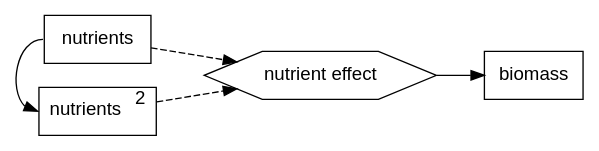
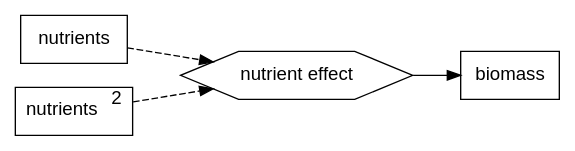
Before and after one commit to pennekampster/Swiss_SEM: the seventh of 17 diagrams in 5_Slides/Intro_to_SEM_part2.qmd, drawn with Graphviz. The commit also changed other lines of this file and 5 other files, not shown here.

````diff
--- a/5_Slides/Intro_to_SEM_part2.qmd
+++ b/5_Slides/Intro_to_SEM_part2.qmd
@@ -375,27 +376,25 @@
 ```{dot}
 //| fig-width: 8
 //| fig-height: 2
 
 digraph boxes_and_circles {
    
    graph [overlap = false, fontsize = 10, rankdir = LR, fontname = Helvetica]
    
    node [shape=box, fontname = Helvetica]
    X1 [label="nutrients"];
    X2 [label=<nutrients<SUP>2</SUP>>];
    Z [label="biomass"];
 
    
    node [shape=hexagon, fontname = Helvetica]
   Y [label="nutrient effect"]
 
   X1 -> Y [style="dashed"];
   X2 -> Y [style="dashed"];
   Y -> Z;
 
-  X1:w -> X2:w [dir="both"]
-
   {rank = "max"; Z}
   {rank = "same"; X1;X2;}
 }
 ```
````
